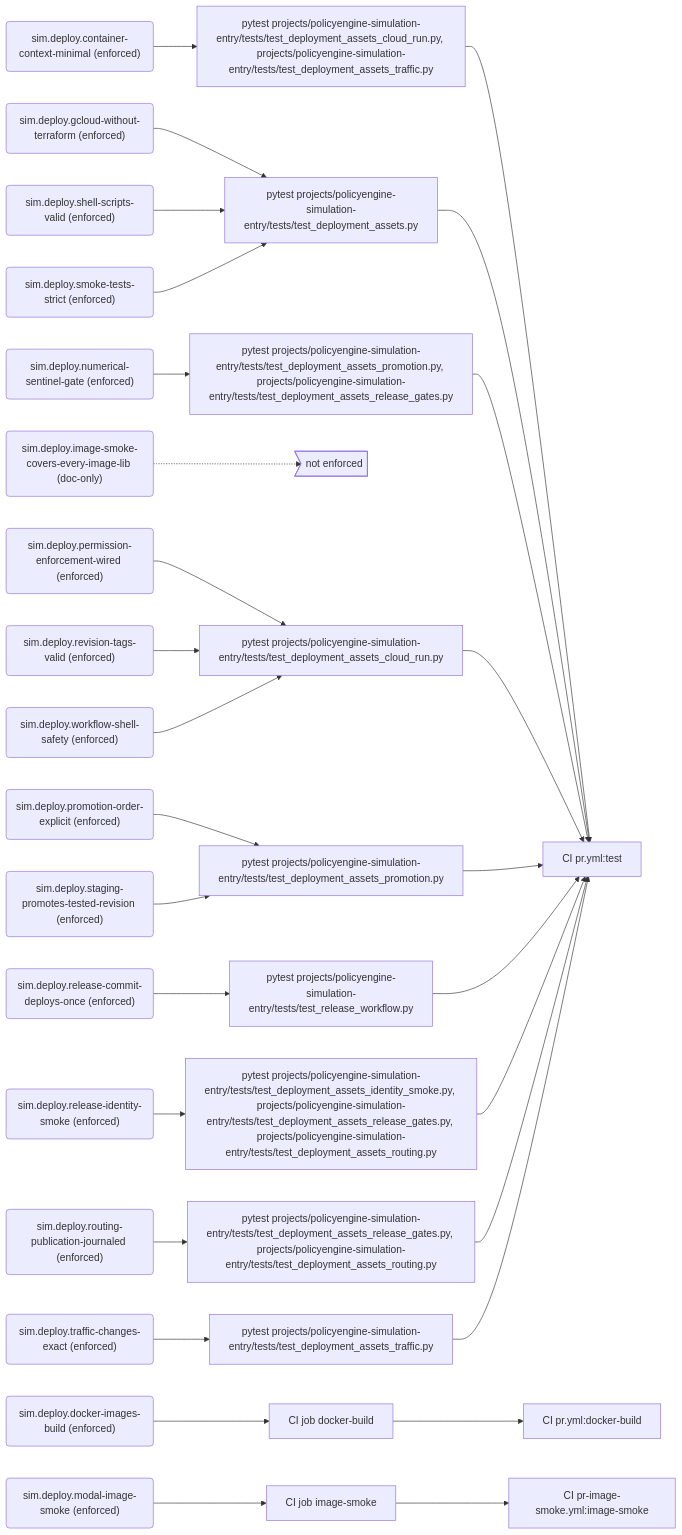
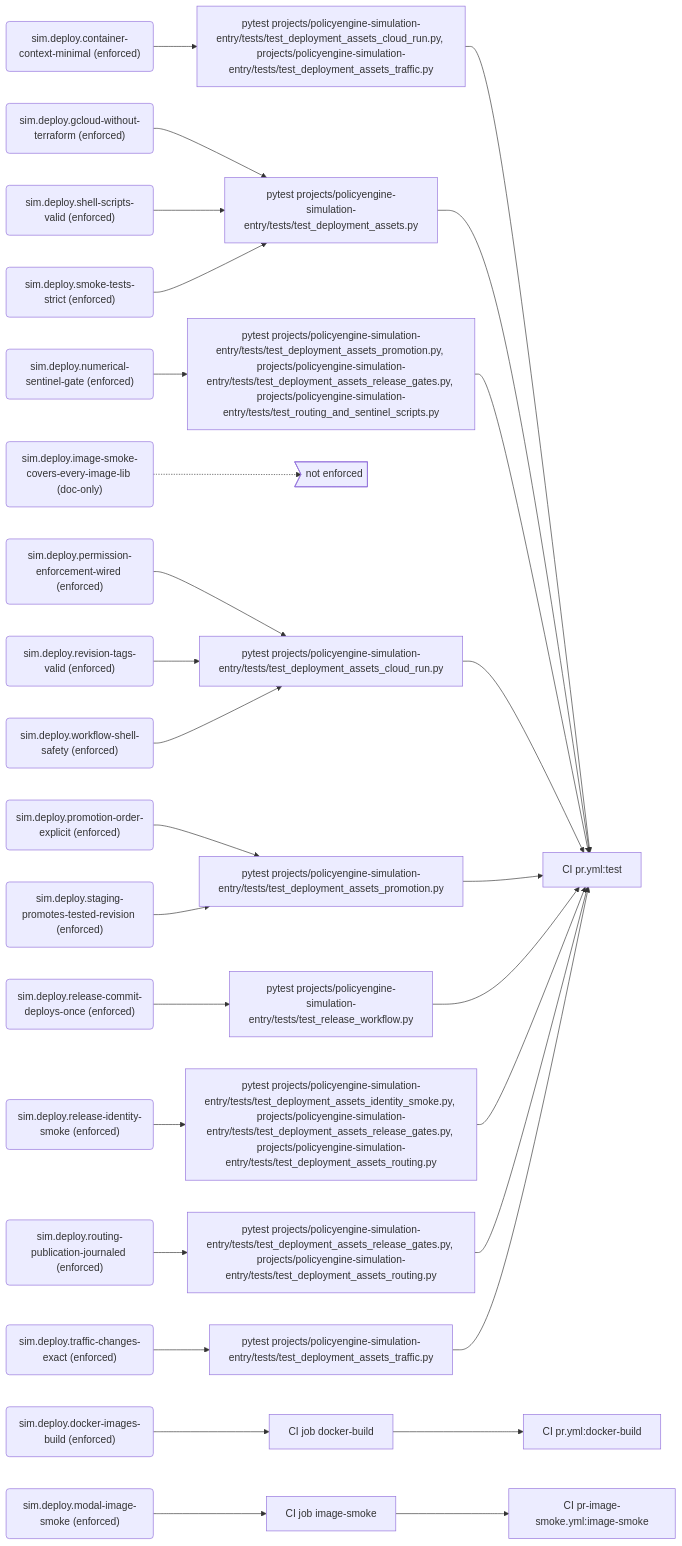
One commit to PolicyEngine/policyengine-sim-api changed the third of 10 diagrams in docs/generated/rules.md. Above: the diagram before and after it, drawn with Mermaid. The commit also changed other lines of this file and 3 other files, not shown here.

````diff
--- a/docs/generated/rules.md
+++ b/docs/generated/rules.md
@@ -163,63 +163,63 @@
 ```mermaid
 flowchart LR
   r_sim_deploy_container_context_minimal("sim.deploy.container-context-minimal (enforced)")
   e_pytest_projects_policyengine_simulation_entry_tests_test_deployment_assets_cloud_run_py__projects_policyengine_simulation_entry_tests_test_deployment_assets_traffic_py["pytest projects/policyengine-simulation-entry/tests/test_deployment_assets_cloud_run.py, projects/policyengine-simulation-entry/tests/test_deployment_assets_traffic.py"]
   j_CI_pr_yml_test["CI pr.yml:test"]
   r_sim_deploy_docker_images_build("sim.deploy.docker-images-build (enforced)")
   e_CI_job_docker_build["CI job docker-build"]
   j_CI_pr_yml_docker_build["CI pr.yml:docker-build"]
   r_sim_deploy_gcloud_without_terraform("sim.deploy.gcloud-without-terraform (enforced)")
   e_pytest_projects_policyengine_simulation_entry_tests_test_deployment_assets_py["pytest projects/policyengine-simulation-entry/tests/test_deployment_assets.py"]
   r_sim_deploy_image_smoke_covers_every_image_lib("sim.deploy.image-smoke-covers-every-image-lib (doc-only)")
   gap_unenforced>"not enforced"]
   r_sim_deploy_modal_image_smoke("sim.deploy.modal-image-smoke (enforced)")
   e_CI_job_image_smoke["CI job image-smoke"]
   j_CI_pr_image_smoke_yml_image_smoke["CI pr-image-smoke.yml:image-smoke"]
   r_sim_deploy_numerical_sentinel_gate("sim.deploy.numerical-sentinel-gate (enforced)")
-  e_pytest_projects_policyengine_simulation_entry_tests_test_deployment_assets_promotion_py__projects_policyengine_simulation_entry_tests_test_deployment_assets_release_gates_py["pytest projects/policyengine-simulation-entry/tests/test_deployment_assets_promotion.py, projects/policyengine-simulation-entry/tests/test_deployment_assets_release_gates.py"]
+  e_pytest_projects_policyengine_simulation_entry_tests_test_deployment_assets_promotion_py__projects_policyengine_simulation_entry_tests_test_deployment_assets_release_gates_py__projects_policyengine_simulation_entry_tests_test_routing_and_sentinel_scripts_py["pytest projects/policyengine-simulation-entry/tests/test_deployment_assets_promotion.py, projects/policyengine-simulation-entry/tests/test_deployment_assets_release_gates.py, projects/policyengine-simulation-entry/tests/test_routing_and_sentinel_scripts.py"]
   r_sim_deploy_permission_enforcement_wired("sim.deploy.permission-enforcement-wired (enforced)")
   e_pytest_projects_policyengine_simulation_entry_tests_test_deployment_assets_cloud_run_py["pytest projects/policyengine-simulation-entry/tests/test_deployment_assets_cloud_run.py"]
   r_sim_deploy_promotion_order_explicit("sim.deploy.promotion-order-explicit (enforced)")
   e_pytest_projects_policyengine_simulation_entry_tests_test_deployment_assets_promotion_py["pytest projects/policyengine-simulation-entry/tests/test_deployment_assets_promotion.py"]
   r_sim_deploy_release_commit_deploys_once("sim.deploy.release-commit-deploys-once (enforced)")
   e_pytest_projects_policyengine_simulation_entry_tests_test_release_workflow_py["pytest projects/policyengine-simulation-entry/tests/test_release_workflow.py"]
   r_sim_deploy_release_identity_smoke("sim.deploy.release-identity-smoke (enforced)")
   e_pytest_projects_policyengine_simulation_entry_tests_test_deployment_assets_identity_smoke_py__projects_policyengine_simulation_entry_tests_test_deployment_assets_release_gates_py__projects_policyengine_simulation_entry_tests_test_deployment_assets_routing_py["pytest projects/policyengine-simulation-entry/tests/test_deployment_assets_identity_smoke.py, projects/policyengine-simulation-entry/tests/test_deployment_assets_release_gates.py, projects/policyengine-simulation-entry/tests/test_deployment_assets_routing.py"]
   r_sim_deploy_revision_tags_valid("sim.deploy.revision-tags-valid (enforced)")
   r_sim_deploy_routing_publication_journaled("sim.deploy.routing-publication-journaled (enforced)")
   e_pytest_projects_policyengine_simulation_entry_tests_test_deployment_assets_release_gates_py__projects_policyengine_simulation_entry_tests_test_deployment_assets_routing_py["pytest projects/policyengine-simulation-entry/tests/test_deployment_assets_release_gates.py, projects/policyengine-simulation-entry/tests/test_deployment_assets_routing.py"]
   r_sim_deploy_shell_scripts_valid("sim.deploy.shell-scripts-valid (enforced)")
   r_sim_deploy_smoke_tests_strict("sim.deploy.smoke-tests-strict (enforced)")
   r_sim_deploy_staging_promotes_tested_revision("sim.deploy.staging-promotes-tested-revision (enforced)")
   r_sim_deploy_traffic_changes_exact("sim.deploy.traffic-changes-exact (enforced)")
   e_pytest_projects_policyengine_simulation_entry_tests_test_deployment_assets_traffic_py["pytest projects/policyengine-simulation-entry/tests/test_deployment_assets_traffic.py"]
   r_sim_deploy_workflow_shell_safety("sim.deploy.workflow-shell-safety (enforced)")
   r_sim_deploy_container_context_minimal --> e_pytest_projects_policyengine_simulation_entry_tests_test_deployment_assets_cloud_run_py__projects_policyengine_simulation_entry_tests_test_deployment_assets_traffic_py
   e_pytest_projects_policyengine_simulation_entry_tests_test_deployment_assets_cloud_run_py__projects_policyengine_simulation_entry_tests_test_deployment_assets_traffic_py --> j_CI_pr_yml_test
   r_sim_deploy_docker_images_build --> e_CI_job_docker_build
   e_CI_job_docker_build --> j_CI_pr_yml_docker_build
   r_sim_deploy_gcloud_without_terraform --> e_pytest_projects_policyengine_simulation_entry_tests_test_deployment_assets_py
   e_pytest_projects_policyengine_simulation_entry_tests_test_deployment_assets_py --> j_CI_pr_yml_test
   r_sim_deploy_image_smoke_covers_every_image_lib -.-> gap_unenforced
   r_sim_deploy_modal_image_smoke --> e_CI_job_image_smoke
   e_CI_job_image_smoke --> j_CI_pr_image_smoke_yml_image_smoke
-  r_sim_deploy_numerical_sentinel_gate --> e_pytest_projects_policyengine_simulation_entry_tests_test_deployment_assets_promotion_py__projects_policyengine_simulation_entry_tests_test_deployment_assets_release_gates_py
-  e_pytest_projects_policyengine_simulation_entry_tests_test_deployment_assets_promotion_py__projects_policyengine_simulation_entry_tests_test_deployment_assets_release_gates_py --> j_CI_pr_yml_test
+  r_sim_deploy_numerical_sentinel_gate --> e_pytest_projects_policyengine_simulation_entry_tests_test_deployment_assets_promotion_py__projects_policyengine_simulation_entry_tests_test_deployment_assets_release_gates_py__projects_policyengine_simulation_entry_tests_test_routing_and_sentinel_scripts_py
+  e_pytest_projects_policyengine_simulation_entry_tests_test_deployment_assets_promotion_py__projects_policyengine_simulation_entry_tests_test_deployment_assets_release_gates_py__projects_policyengine_simulation_entry_tests_test_routing_and_sentinel_scripts_py --> j_CI_pr_yml_test
   r_sim_deploy_permission_enforcement_wired --> e_pytest_projects_policyengine_simulation_entry_tests_test_deployment_assets_cloud_run_py
   e_pytest_projects_policyengine_simulation_entry_tests_test_deployment_assets_cloud_run_py --> j_CI_pr_yml_test
   r_sim_deploy_promotion_order_explicit --> e_pytest_projects_policyengine_simulation_entry_tests_test_deployment_assets_promotion_py
   e_pytest_projects_policyengine_simulation_entry_tests_test_deployment_assets_promotion_py --> j_CI_pr_yml_test
   r_sim_deploy_release_commit_deploys_once --> e_pytest_projects_policyengine_simulation_entry_tests_test_release_workflow_py
   e_pytest_projects_policyengine_simulation_entry_tests_test_release_workflow_py --> j_CI_pr_yml_test
   r_sim_deploy_release_identity_smoke --> e_pytest_projects_policyengine_simulation_entry_tests_test_deployment_assets_identity_smoke_py__projects_policyengine_simulation_entry_tests_test_deployment_assets_release_gates_py__projects_policyengine_simulation_entry_tests_test_deployment_assets_routing_py
   e_pytest_projects_policyengine_simulation_entry_tests_test_deployment_assets_identity_smoke_py__projects_policyengine_simulation_entry_tests_test_deployment_assets_release_gates_py__projects_policyengine_simulation_entry_tests_test_deployment_assets_routing_py --> j_CI_pr_yml_test
   r_sim_deploy_revision_tags_valid --> e_pytest_projects_policyengine_simulation_entry_tests_test_deployment_assets_cloud_run_py
   r_sim_deploy_routing_publication_journaled --> e_pytest_projects_policyengine_simulation_entry_tests_test_deployment_assets_release_gates_py__projects_policyengine_simulation_entry_tests_test_deployment_assets_routing_py
   e_pytest_projects_policyengine_simulation_entry_tests_test_deployment_assets_release_gates_py__projects_policyengine_simulation_entry_tests_test_deployment_assets_routing_py --> j_CI_pr_yml_test
   r_sim_deploy_shell_scripts_valid --> e_pytest_projects_policyengine_simulation_entry_tests_test_deployment_assets_py
   r_sim_deploy_smoke_tests_strict --> e_pytest_projects_policyengine_simulation_entry_tests_test_deployment_assets_py
   r_sim_deploy_staging_promotes_tested_revision --> e_pytest_projects_policyengine_simulation_entry_tests_test_deployment_assets_promotion_py
   r_sim_deploy_traffic_changes_exact --> e_pytest_projects_policyengine_simulation_entry_tests_test_deployment_assets_traffic_py
   e_pytest_projects_policyengine_simulation_entry_tests_test_deployment_assets_traffic_py --> j_CI_pr_yml_test
   r_sim_deploy_workflow_shell_safety --> e_pytest_projects_policyengine_simulation_entry_tests_test_deployment_assets_cloud_run_py
 ```
````
